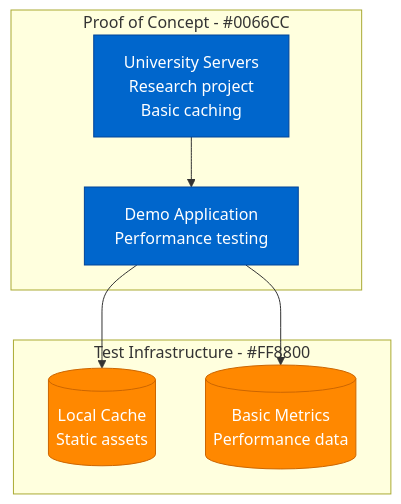
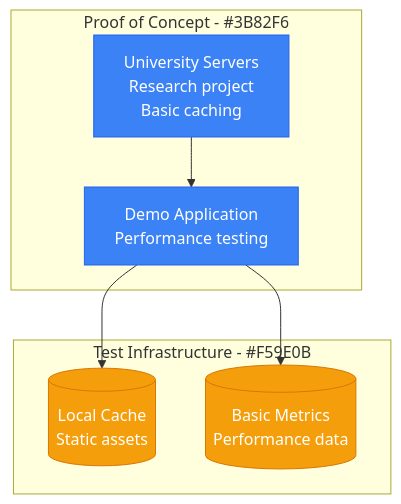
Before and after one commit to deepaucksharma/DS: the first of 4 diagrams in site/docs/scaling/cloudflare-scale-evolution.md, drawn with Mermaid. The commit also changed other lines of this file and 187 other files, not shown here.

````diff
--- a/site/docs/scaling/cloudflare-scale-evolution.md
+++ b/site/docs/scaling/cloudflare-scale-evolution.md
@@ -19,22 +19,22 @@
 ```mermaid
 graph TB
-    subgraph PoC[Proof of Concept - #0066CC]
+    subgraph PoC[Proof of Concept - #3B82F6]
         UNIVERSITY[University Servers<br/>Research project<br/>Basic caching]
         DEMO[Demo Application<br/>Performance testing]
     end
 
-    subgraph TestData[Test Infrastructure - #FF8800]
+    subgraph TestData[Test Infrastructure - #F59E0B]
         CACHE[(Local Cache<br/>Static assets)]
         METRICS[(Basic Metrics<br/>Performance data)]
     end
 
     UNIVERSITY --> DEMO
     DEMO --> CACHE
     DEMO --> METRICS
 
-    classDef pocStyle fill:#0066CC,stroke:#004499,color:#fff
-    classDef dataStyle fill:#FF8800,stroke:#CC6600,color:#fff
+    classDef pocStyle fill:#3B82F6,stroke:#2563EB,color:#fff
+    classDef dataStyle fill:#F59E0B,stroke:#D97706,color:#fff
 
     class UNIVERSITY,DEMO pocStyle
     class CACHE,METRICS dataStyle
 ```
````
